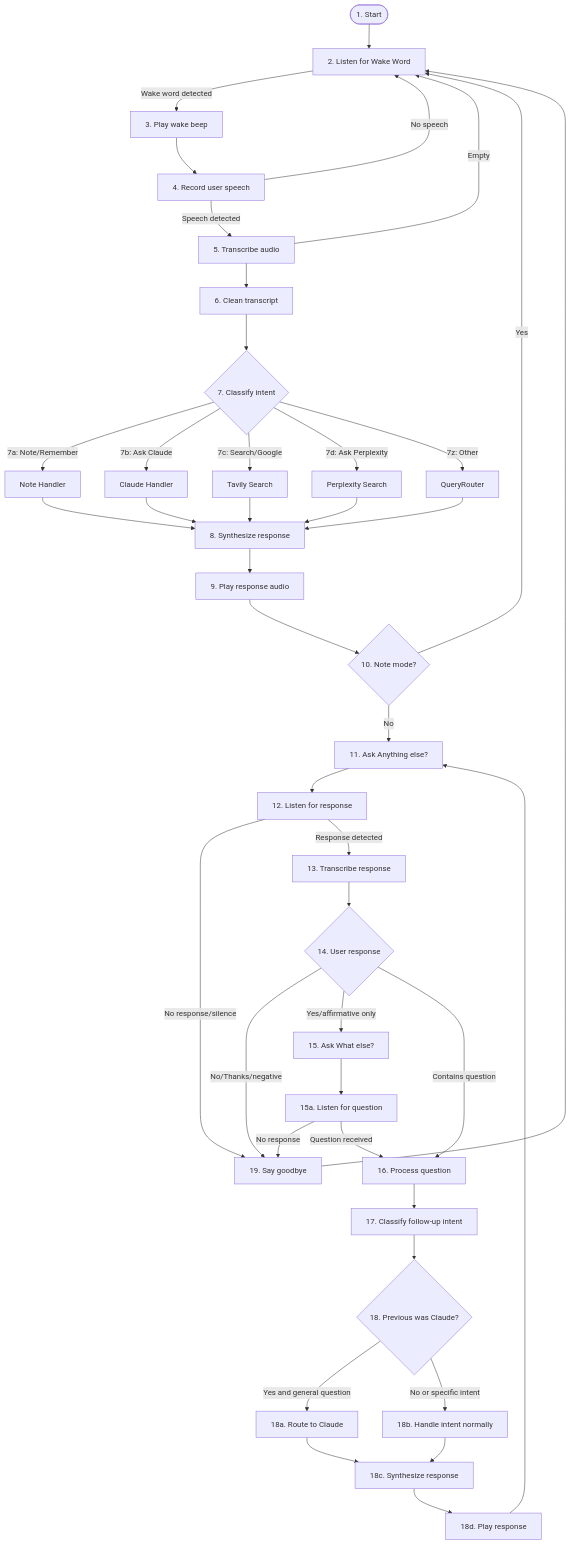
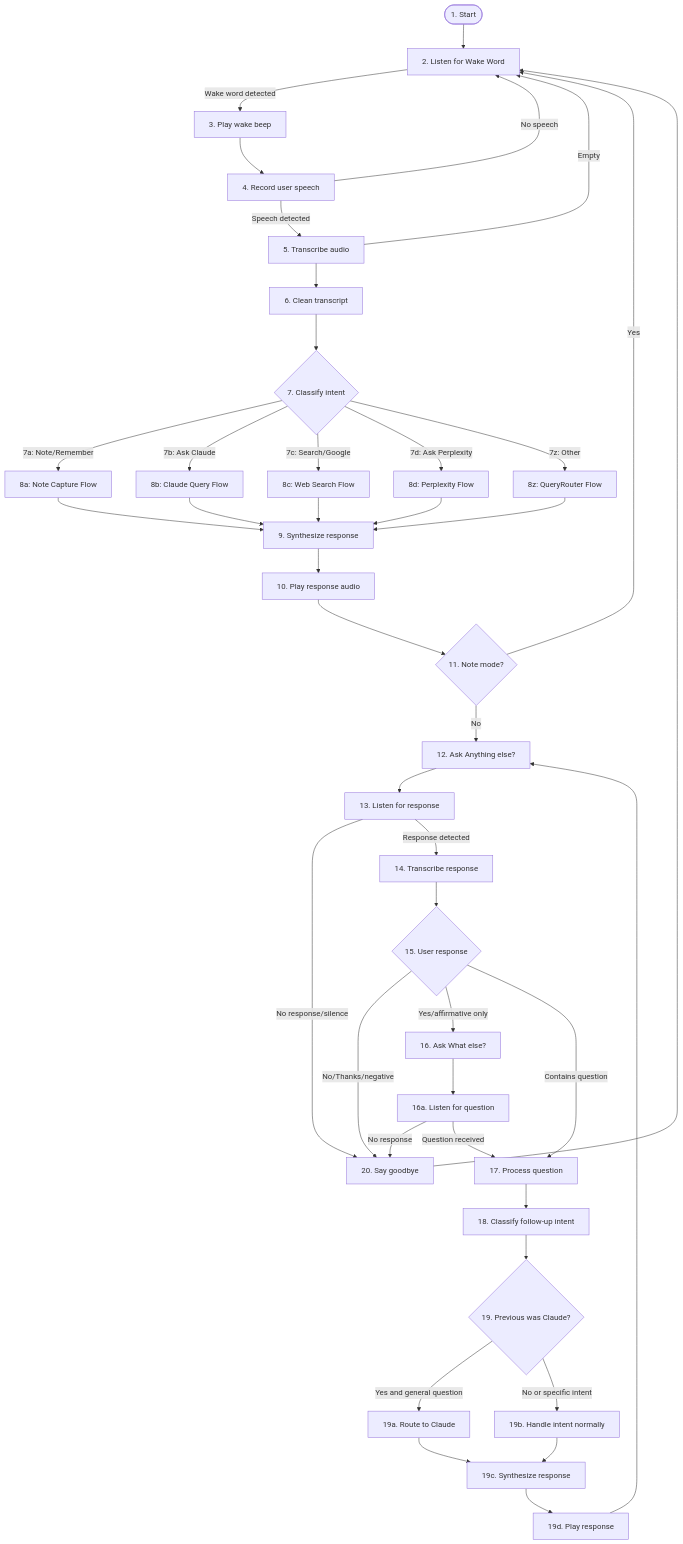
One commit to adarkazanli/RPVA changed the first of 12 diagrams in docs/conversation-flow.md. Above: the diagram before and after it, drawn with Mermaid. The commit also changed other lines of this file and 1 other file, not shown here.

First line of the commit message:
docs: add detailed sub-flow diagrams for each intent

````diff
--- a/docs/conversation-flow.md
+++ b/docs/conversation-flow.md
@@ -9,56 +9,56 @@
 ```mermaid
 flowchart TD
     START([1. Start]) --> LISTEN[2. Listen for Wake Word]
     LISTEN --> |Wake word detected| BEEP1[3. Play wake beep]
     BEEP1 --> RECORD[4. Record user speech]
     RECORD --> |No speech| LISTEN
     RECORD --> |Speech detected| TRANSCRIBE[5. Transcribe audio]
     TRANSCRIBE --> |Empty| LISTEN
     TRANSCRIBE --> CLEAN[6. Clean transcript]
     CLEAN --> CLASSIFY{7. Classify intent}
 
-    CLASSIFY --> |7a: Note/Remember| NOTE_HANDLER[Note Handler]
-    CLASSIFY --> |7b: Ask Claude| CLAUDE_HANDLER[Claude Handler]
-    CLASSIFY --> |7c: Search/Google| WEB_HANDLER[Tavily Search]
-    CLASSIFY --> |7d: Ask Perplexity| PERPLEXITY_HANDLER[Perplexity Search]
-    CLASSIFY --> |7z: Other| QUERY_ROUTER[QueryRouter]
+    CLASSIFY --> |7a: Note/Remember| NOTE_FLOW[8a: Note Capture Flow]
+    CLASSIFY --> |7b: Ask Claude| CLAUDE_FLOW[8b: Claude Query Flow]
+    CLASSIFY --> |7c: Search/Google| WEB_FLOW[8c: Web Search Flow]
+    CLASSIFY --> |7d: Ask Perplexity| PERPLEXITY_FLOW[8d: Perplexity Flow]
+    CLASSIFY --> |7z: Other| ROUTER_FLOW[8z: QueryRouter Flow]
 
-    NOTE_HANDLER --> SYNTHESIZE[8. Synthesize response]
-    CLAUDE_HANDLER --> SYNTHESIZE
-    WEB_HANDLER --> SYNTHESIZE
-    PERPLEXITY_HANDLER --> SYNTHESIZE
-    QUERY_ROUTER --> SYNTHESIZE
+    NOTE_FLOW --> SYNTHESIZE[9. Synthesize response]
+    CLAUDE_FLOW --> SYNTHESIZE
+    WEB_FLOW --> SYNTHESIZE
+    PERPLEXITY_FLOW --> SYNTHESIZE
+    ROUTER_FLOW --> SYNTHESIZE
 
-    SYNTHESIZE --> PLAY[9. Play response audio]
+    SYNTHESIZE --> PLAY[10. Play response audio]
 
-    PLAY --> NOTE_CHECK{10. Note mode?}
+    PLAY --> NOTE_CHECK{11. Note mode?}
     NOTE_CHECK --> |Yes| LISTEN
-    NOTE_CHECK --> |No| ANYTHING_ELSE[11. Ask Anything else?]
+    NOTE_CHECK --> |No| ANYTHING_ELSE[12. Ask Anything else?]
 
-    ANYTHING_ELSE --> AE_LISTEN[12. Listen for response]
-    AE_LISTEN --> |No response/silence| GOODBYE[19. Say goodbye]
-    AE_LISTEN --> |Response detected| AE_TRANSCRIBE[13. Transcribe response]
+    ANYTHING_ELSE --> AE_LISTEN[13. Listen for response]
+    AE_LISTEN --> |No response/silence| GOODBYE[20. Say goodbye]
+    AE_LISTEN --> |Response detected| AE_TRANSCRIBE[14. Transcribe response]
 
-    AE_TRANSCRIBE --> AE_CHECK{14. User response}
+    AE_TRANSCRIBE --> AE_CHECK{15. User response}
     AE_CHECK --> |No/Thanks/negative| GOODBYE
-    AE_CHECK --> |Yes/affirmative only| PROMPT[15. Ask What else?]
-    AE_CHECK --> |Contains question| PROCESS_FOLLOWUP[16. Process question]
+    AE_CHECK --> |Yes/affirmative only| PROMPT[16. Ask What else?]
+    AE_CHECK --> |Contains question| PROCESS_FOLLOWUP[17. Process question]
 
-    PROMPT --> PROMPT_LISTEN[15a. Listen for question]
+    PROMPT --> PROMPT_LISTEN[16a. Listen for question]
     PROMPT_LISTEN --> |No response| GOODBYE
     PROMPT_LISTEN --> |Question received| PROCESS_FOLLOWUP
 
-    PROCESS_FOLLOWUP --> CLASSIFY_FOLLOWUP[17. Classify follow-up intent]
-    CLASSIFY_FOLLOWUP --> CLAUDE_CHECK{18. Previous was Claude?}
+    PROCESS_FOLLOWUP --> CLASSIFY_FOLLOWUP[18. Classify follow-up intent]
+    CLASSIFY_FOLLOWUP --> CLAUDE_CHECK{19. Previous was Claude?}
 
-    CLAUDE_CHECK --> |Yes and general question| ROUTE_CLAUDE[18a. Route to Claude]
-    CLAUDE_CHECK --> |No or specific intent| HANDLE_FOLLOWUP[18b. Handle intent normally]
+    CLAUDE_CHECK --> |Yes and general question| ROUTE_CLAUDE[19a. Route to Claude]
+    CLAUDE_CHECK --> |No or specific intent| HANDLE_FOLLOWUP[19b. Handle intent normally]
 
-    ROUTE_CLAUDE --> SYNTH_FOLLOWUP[18c. Synthesize response]
+    ROUTE_CLAUDE --> SYNTH_FOLLOWUP[19c. Synthesize response]
     HANDLE_FOLLOWUP --> SYNTH_FOLLOWUP
 
-    SYNTH_FOLLOWUP --> PLAY_FOLLOWUP[18d. Play response]
+    SYNTH_FOLLOWUP --> PLAY_FOLLOWUP[19d. Play response]
     PLAY_FOLLOWUP --> ANYTHING_ELSE
 
     GOODBYE --> LISTEN
 ```
````
